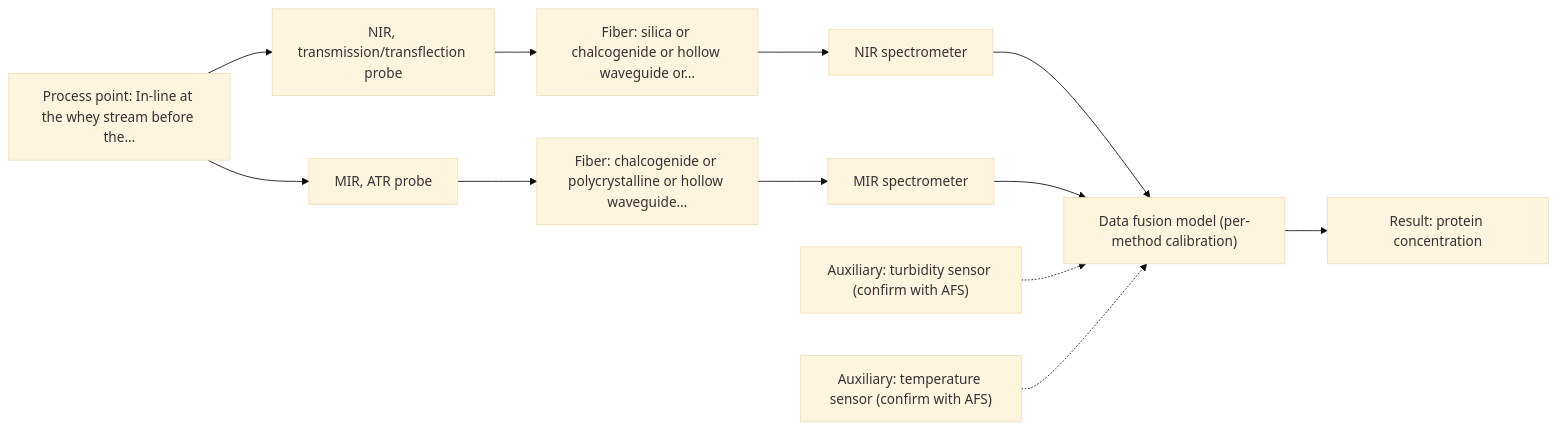
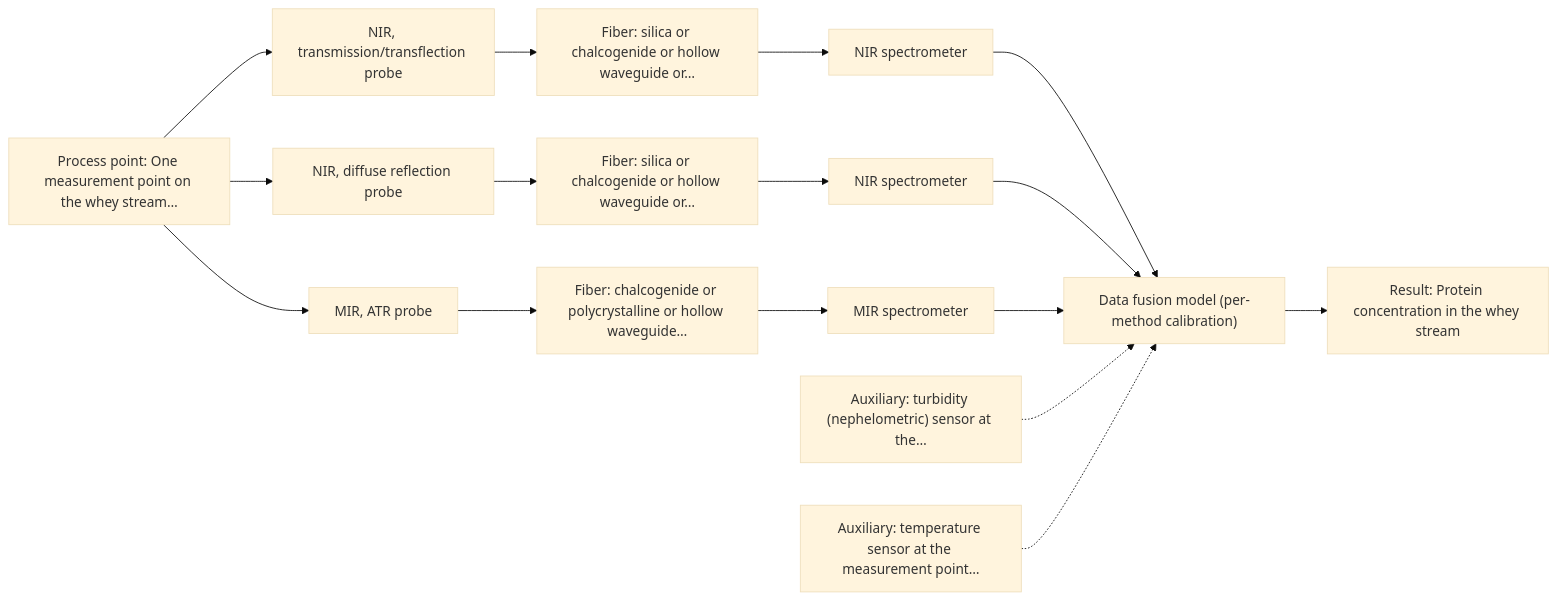
One commit to sleipnir029/Afs-Spectroscopy-Assistant changed the second of 2 diagrams in outputs/dev/D03.md. Above: the diagram before and after it, drawn with Mermaid (base theme). The commit also changed other lines of this file and 15 other files, not shown here.

Commit message:
3.R2 dev run outputs: 8/8 complete, 0 hard failures, 227/227 citations, 14/14 charts

````diff
--- a/outputs/dev/D03.md
+++ b/outputs/dev/D03.md
@@ -64,25 +64,32 @@
 ```mermaid
 flowchart LR
-    proc["Process point: In-line at the whey stream before the…"]
+    proc["Process point: One measurement point on the whey stream…"]
     probe1["NIR, transmission/transflection probe"]
     fiber1["Fiber: silica or chalcogenide or hollow waveguide or…"]
     spec1["NIR spectrometer"]
-    probe2["MIR, ATR probe"]
-    fiber2["Fiber: chalcogenide or polycrystalline or hollow waveguide…"]
-    spec2["MIR spectrometer"]
+    probe2["NIR, diffuse reflection probe"]
+    fiber2["Fiber: silica or chalcogenide or hollow waveguide or…"]
+    spec2["NIR spectrometer"]
+    probe3["MIR, ATR probe"]
+    fiber3["Fiber: chalcogenide or polycrystalline or hollow waveguide…"]
+    spec3["MIR spectrometer"]
     model["Data fusion model (per-method calibration)"]
-    result["Result: protein concentration"]
-    aux1["Auxiliary: turbidity sensor (confirm with AFS)"]
-    aux2["Auxiliary: temperature sensor (confirm with AFS)"]
+    result["Result: Protein concentration in the whey stream"]
+    aux1["Auxiliary: turbidity (nephelometric) sensor at the…"]
+    aux2["Auxiliary: temperature sensor at the measurement point…"]
     proc --> probe1
     probe1 --> fiber1
     fiber1 --> spec1
     spec1 --> model
     proc --> probe2
     probe2 --> fiber2
     fiber2 --> spec2
     spec2 --> model
+    proc --> probe3
+    probe3 --> fiber3
+    fiber3 --> spec3
+    spec3 --> model
     model --> result
     aux1 -.-> model
     aux2 -.-> model
 ```
````
